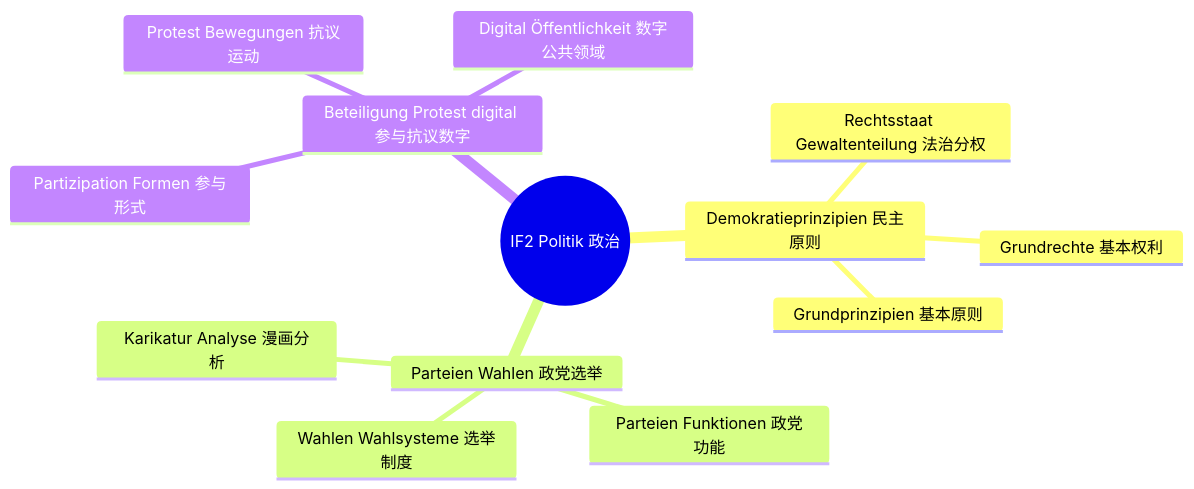
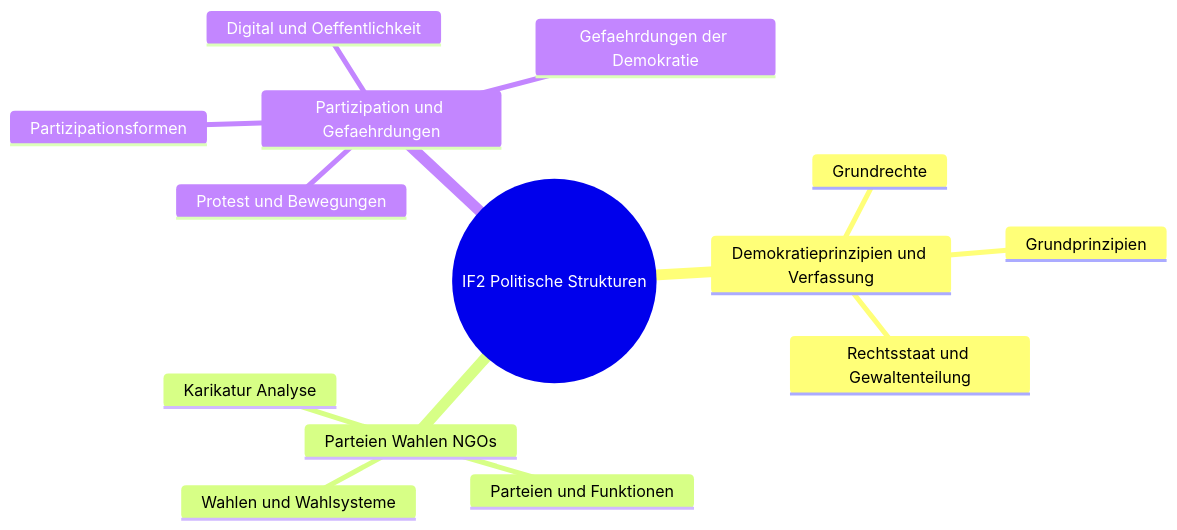
Before and after one commit to jjjjjjjjnnjnn/EF-GeWi-Lernvault: the third of 8 diagrams in 00_META/Lernbaum/Lernbaum-SoWi.md, drawn with Mermaid. The commit also changed other lines of this file and 5 other files, not shown here.

````diff
--- a/00_META/Lernbaum/Lernbaum-SoWi.md
+++ b/00_META/Lernbaum/Lernbaum-SoWi.md
@@ -55,16 +229,17 @@
 ```mermaid
 mindmap
-  root((IF2 Politik 政治))
-    Demokratieprinzipien 民主原则
-      Grundprinzipien 基本原则
-      Rechtsstaat Gewaltenteilung 法治分权
-      Grundrechte 基本权利
-    Parteien Wahlen 政党选举
-      Parteien Funktionen 政党功能
-      Wahlen Wahlsysteme 选举制度
-      Karikatur Analyse 漫画分析
-    Beteiligung Protest digital 参与抗议数字
-      Partizipation Formen 参与形式
-      Protest Bewegungen 抗议运动
-      Digital Öffentlichkeit 数字公共领域
+  root((IF2 Politische Strukturen))
+    Demokratieprinzipien und Verfassung
+      Grundprinzipien
+      Rechtsstaat und Gewaltenteilung
+      Grundrechte
+    Parteien Wahlen NGOs
+      Parteien und Funktionen
+      Wahlen und Wahlsysteme
+      Karikatur Analyse
+    Partizipation und Gefaehrdungen
+      Partizipationsformen
+      Protest und Bewegungen
+      Digital und Oeffentlichkeit
+      Gefaehrdungen der Demokratie
 ```
````
